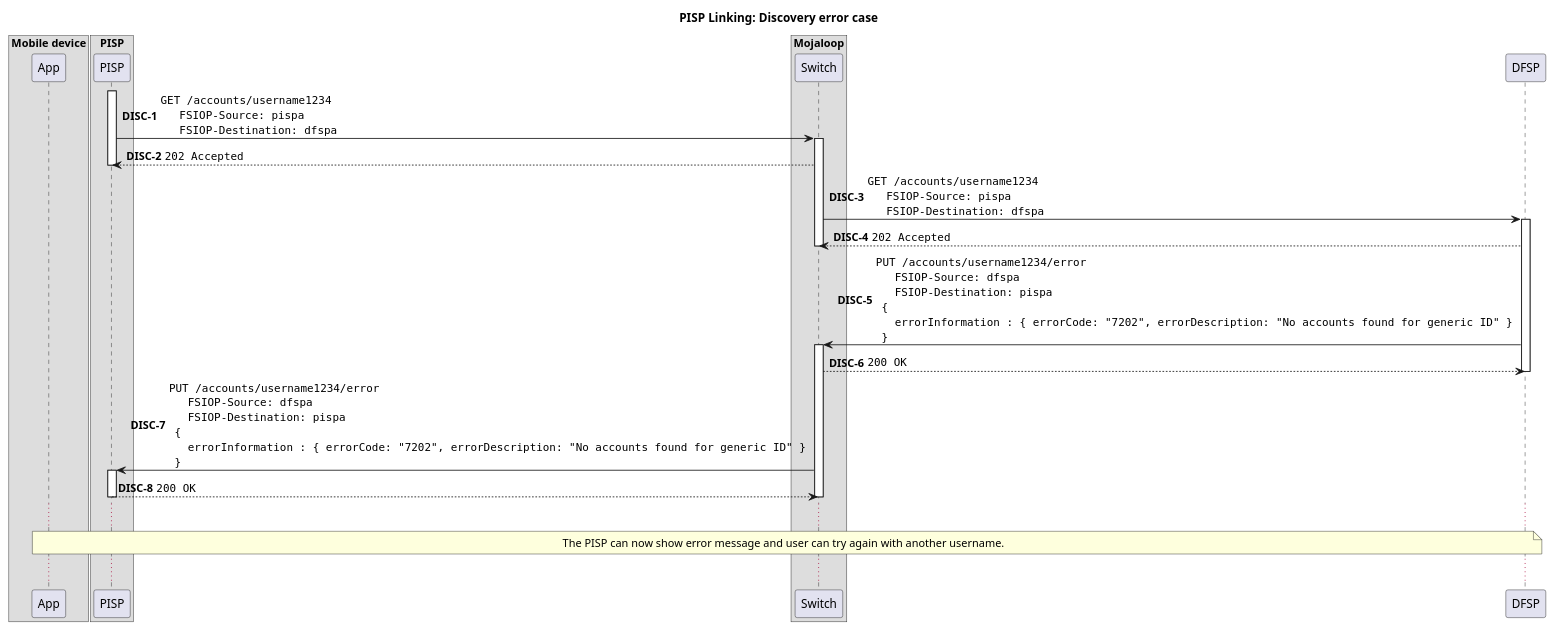
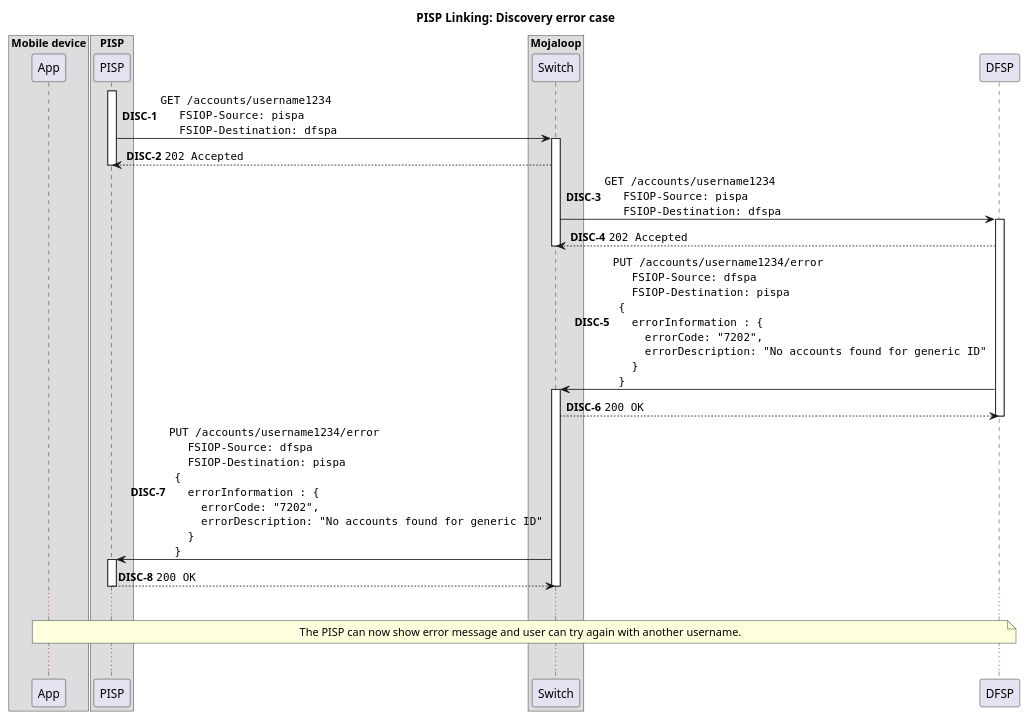
The diagram in docs/linking/error_scenarios/1-discovery-error.puml (mojaloop/pisp-project), drawn with PlantUML before and after one commit. The commit also changed 2 other files, not shown here.

```diff
--- a/docs/linking/error_scenarios/1-discovery-error.puml
+++ b/docs/linking/error_scenarios/1-discovery-error.puml
@@ -1,61 +1,67 @@
 @startuml
 
 title PISP Linking: Discovery error case
 
 box "Mobile device"
     participant App
 end box
 
 box "PISP"
     participant PISP
 end box
 
 box "Mojaloop"
     participant Switch
 end box
 
 participant DFSP
 
 autonumber 1 "<b>DISC-#</b>"
 activate PISP
 
 PISP -> Switch ++: ""GET /accounts/username1234""\n\
   ""  FSIOP-Source: pispa""\n\
   ""  FSIOP-Destination: dfspa""
 Switch --> PISP: ""202 Accepted""
 deactivate PISP
 
 Switch -> DFSP ++: ""GET /accounts/username1234""\n\
   ""  FSIOP-Source: pispa""\n\
   ""  FSIOP-Destination: dfspa""
 DFSP --> Switch: ""202 Accepted""
 deactivate Switch
 
 DFSP -> Switch ++: ""PUT /accounts/username1234/error""\n\
   ""  FSIOP-Source: dfspa""\n\
   ""  FSIOP-Destination: pispa""\n\
   ""{""\n\
-  ""  errorInformation : { errorCode: "7202", errorDescription: "No accounts found for generic ID" } ""\n\
+  ""  errorInformation : { ""\n\
+  ""    errorCode: "7202", ""\n\
+  ""    errorDescription: "No accounts found for generic ID" ""\n\
+  ""  } ""\n\
   ""}""
 Switch --> DFSP: ""200 OK""
 deactivate DFSP
 
 Switch -> PISP ++: ""PUT /accounts/username1234/error""\n\
   ""  FSIOP-Source: dfspa""\n\
   ""  FSIOP-Destination: pispa""\n\
   ""{""\n\
-  ""  errorInformation : { errorCode: "7202", errorDescription: "No accounts found for generic ID" } ""\n\
+  ""  errorInformation : { ""\n\
+  ""    errorCode: "7202", ""\n\
+  ""    errorDescription: "No accounts found for generic ID" ""\n\
+  ""  } ""\n\
   ""}""
 PISP --> Switch: ""200 OK""
 deactivate Switch
 deactivate PISP
 
 ...
 
 note over App, DFSP
   The PISP can now show error message and user can try again with another username.
 end note
 
 ...
 
 @enduml
```
